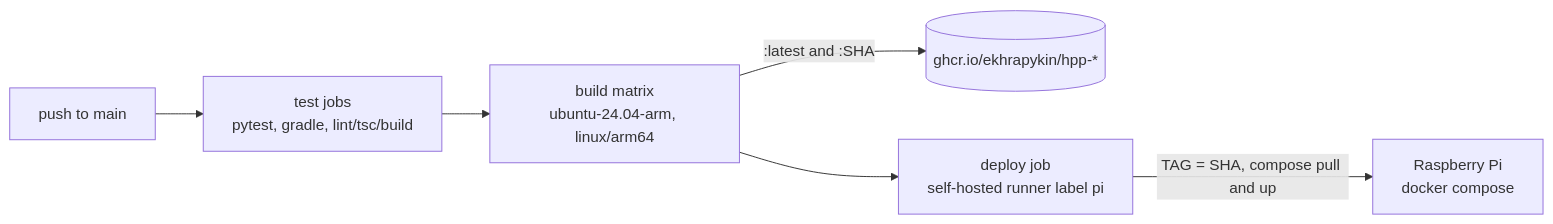
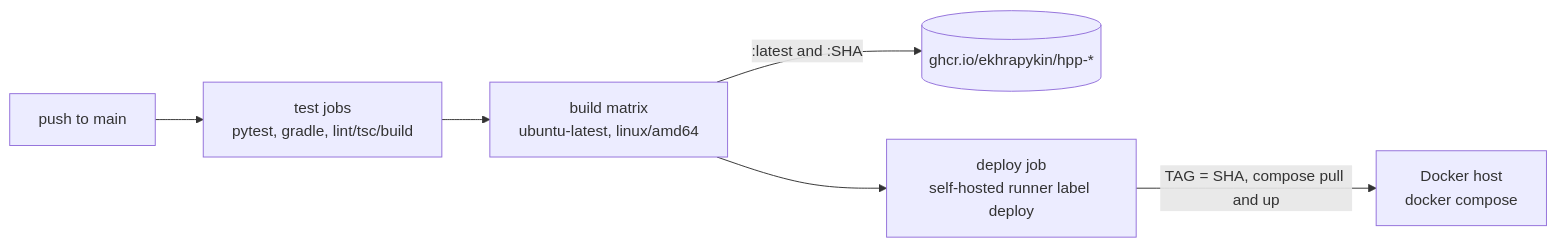
One commit to Ekhrapykin/housing-prediction-portal changed the fifth of 5 diagrams in ARCHITECTURE.md. Above: the diagram before and after it, drawn with Mermaid. The commit also changed other lines of this file and 13 other files, not shown here.

First line of the commit message:
Deploy to any Docker host (amd64) and make ports configurable via .env

````diff
--- a/ARCHITECTURE.md
+++ b/ARCHITECTURE.md
@@ -190,8 +190,8 @@
 ```mermaid
 flowchart LR
   P[push to main] --> T[test jobs<br/>pytest, gradle, lint/tsc/build]
-  T --> BLD[build matrix<br/>ubuntu-24.04-arm, linux/arm64]
+  T --> BLD[build matrix<br/>ubuntu-latest, linux/amd64]
   BLD -->|:latest and :SHA| G[(ghcr.io/ekhrapykin/hpp-*)]
-  BLD --> D[deploy job<br/>self-hosted runner label pi]
-  D -->|TAG = SHA, compose pull and up| PI[Raspberry Pi<br/>docker compose]
+  BLD --> D[deploy job<br/>self-hosted runner label deploy]
+  D -->|TAG = SHA, compose pull and up| HOST[Docker host<br/>docker compose]
 ```
````
